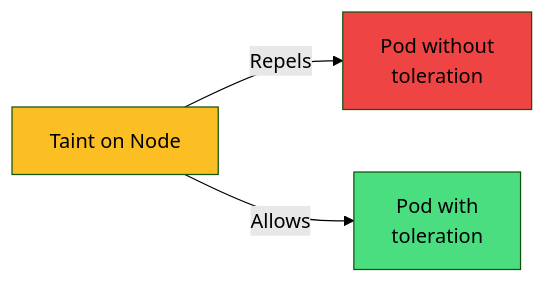
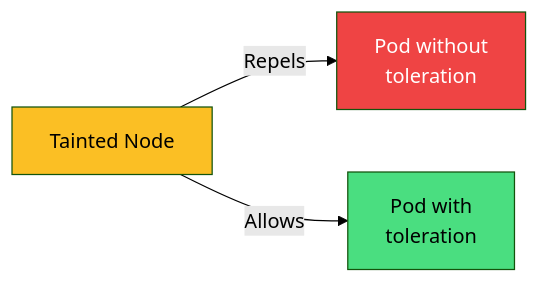
One commit to courselabs/kubernetes changed the sixth of 12 diagrams in slides/clusters/slides.md. Above: the diagram before and after it, drawn with Mermaid (forest theme). The commit also changed other lines of this file and 7 other files, not shown here.

````diff
--- a/slides/clusters/slides.md
+++ b/slides/clusters/slides.md
@@ -158,8 +285,8 @@
 ```mermaid
 graph LR
-    T[Taint on Node] -->|Repels| P1[Pod without<br/>toleration]
+    T[Tainted Node] -->|Repels| P1[Pod without<br/>toleration]
     T -->|Allows| P2[Pod with<br/>toleration]
     style T fill:#fbbf24
-    style P1 fill:#ef4444
+    style P1 fill:#ef4444,color:#fff
     style P2 fill:#4ade80
 ```
````
